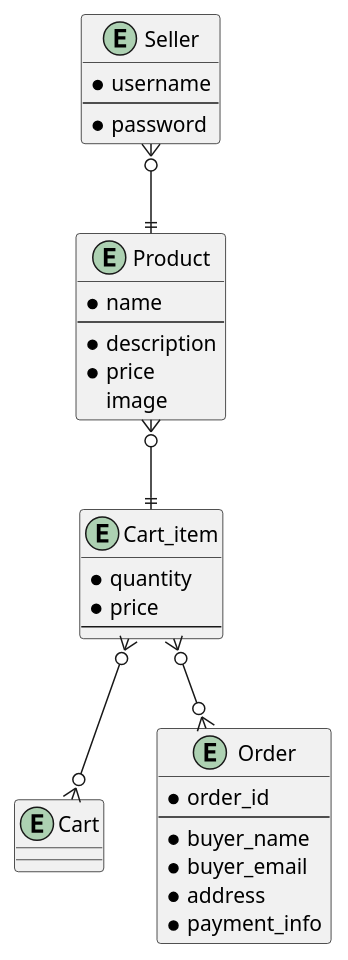
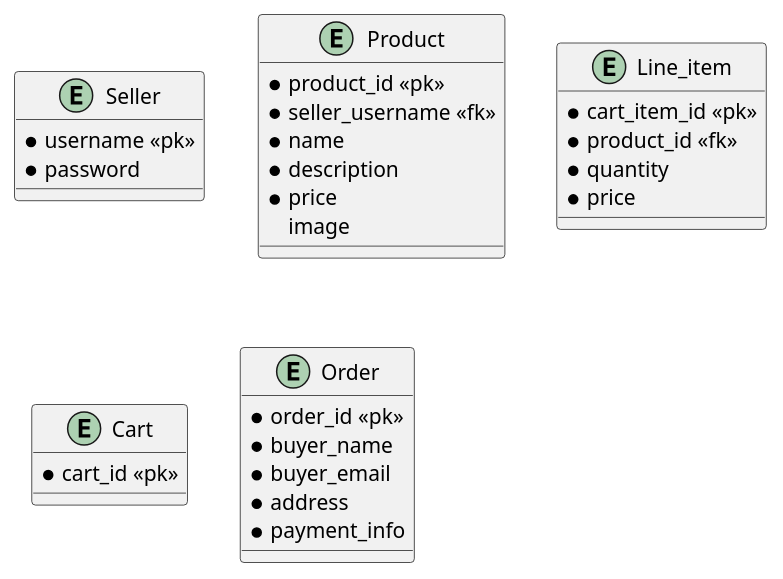
One commit to swayongshen/Depot changed the diagram in docs/er_digram.puml. Above: the diagram before and after it, drawn with PlantUML.

Commit message:
Update plantUML

```diff
--- a/docs/er_digram.puml
+++ b/docs/er_digram.puml
@@ -1,41 +1,38 @@
 @startuml
 'https://plantuml.com/class-diagram
 
 entity Seller {
-    * username
-    --
+    * username <<pk>>
     * password
 }
 
 entity Product {
+    * product_id <<pk>>
+    * seller_username <<fk>>
     * name
-    --
     * description
     * price
     image
 }
 
-entity Cart_item {
+entity Line_item {
+    * cart_item_id <<pk>>
+    * product_id <<fk>>
     * quantity
     * price
-    --
 }
 
 entity Cart {
+    * cart_id <<pk>>
 }
 
 entity Order {
-    * order_id
-    --
+    * order_id <<pk>>
     * buyer_name
     * buyer_email
     * address
     * payment_info
 }
 
-Seller }o--|| Product
-Product }o--|| Cart_item
-Cart_item }o--o{ Cart
-Cart_item }o--o{ Order
 
 @enduml
```
